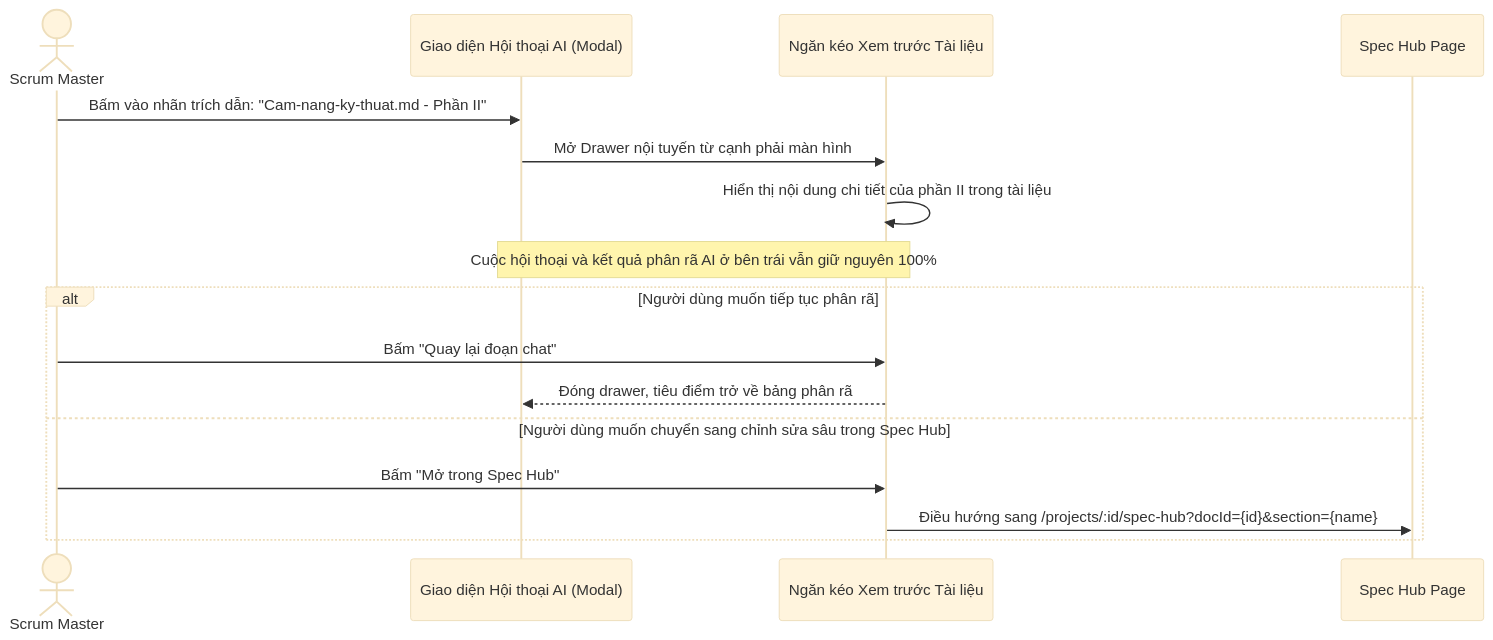
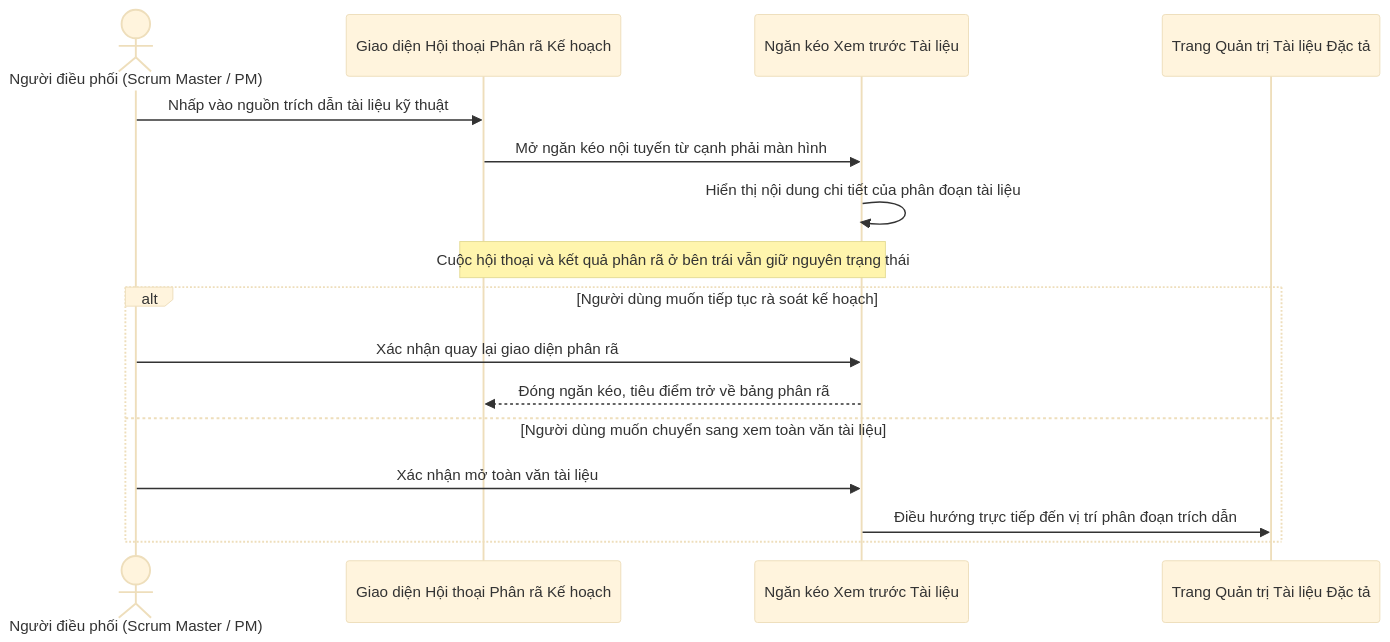
One commit to TranHoang2k40525/ProjectMgmt changed the third of 3 diagrams in docs/ai/04-rag-va-spec-hub-grounding.md. Above: the diagram before and after it, drawn with Mermaid (base theme). The commit also changed other lines of this file and 6 other files, not shown here.

Commit message:
docs(ai): sanitize diagrams to architectural naming convention without code files, tech or method leakage

````diff
--- a/docs/ai/04-rag-va-spec-hub-grounding.md
+++ b/docs/ai/04-rag-va-spec-hub-grounding.md
@@ -87,20 +87,20 @@
 ```mermaid
 sequenceDiagram
-    actor User as Scrum Master
-    participant UI as Giao diện Hội thoại AI (Modal)
+    actor User as Người điều phối (Scrum Master / PM)
+    participant UI as Giao diện Hội thoại Phân rã Kế hoạch
     participant Drawer as Ngăn kéo Xem trước Tài liệu
-    participant Hub as Spec Hub Page
+    participant Hub as Trang Quản trị Tài liệu Đặc tả
 
-    User->>UI: Bấm vào nhãn trích dẫn: "Cam-nang-ky-thuat.md - Phần II"
-    UI->>Drawer: Mở Drawer nội tuyến từ cạnh phải màn hình
-    Drawer->>Drawer: Hiển thị nội dung chi tiết của phần II trong tài liệu
-    Note over UI,Drawer: Cuộc hội thoại và kết quả phân rã AI ở bên trái vẫn giữ nguyên 100%
+    User->>UI: Nhấp vào nguồn trích dẫn tài liệu kỹ thuật
+    UI->>Drawer: Mở ngăn kéo nội tuyến từ cạnh phải màn hình
+    Drawer->>Drawer: Hiển thị nội dung chi tiết của phân đoạn tài liệu
+    Note over UI,Drawer: Cuộc hội thoại và kết quả phân rã ở bên trái vẫn giữ nguyên trạng thái
     
-    alt Người dùng muốn tiếp tục phân rã
-        User->>Drawer: Bấm "Quay lại đoạn chat"
-        Drawer-->>UI: Đóng drawer, tiêu điểm trở về bảng phân rã
-    else Người dùng muốn chuyển sang chỉnh sửa sâu trong Spec Hub
-        User->>Drawer: Bấm "Mở trong Spec Hub"
-        Drawer->>Hub: Điều hướng sang /projects/:id/spec-hub?docId={id}&section={name}
+    alt Người dùng muốn tiếp tục rà soát kế hoạch
+        User->>Drawer: Xác nhận quay lại giao diện phân rã
+        Drawer-->>UI: Đóng ngăn kéo, tiêu điểm trở về bảng phân rã
+    else Người dùng muốn chuyển sang xem toàn văn tài liệu
+        User->>Drawer: Xác nhận mở toàn văn tài liệu
+        Drawer->>Hub: Điều hướng trực tiếp đến vị trí phân đoạn trích dẫn
     end
 ```
````
